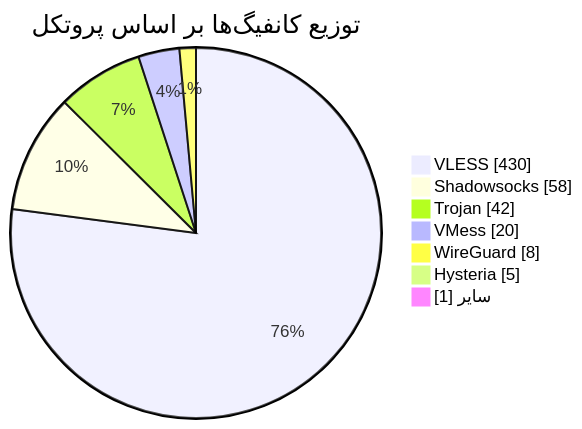
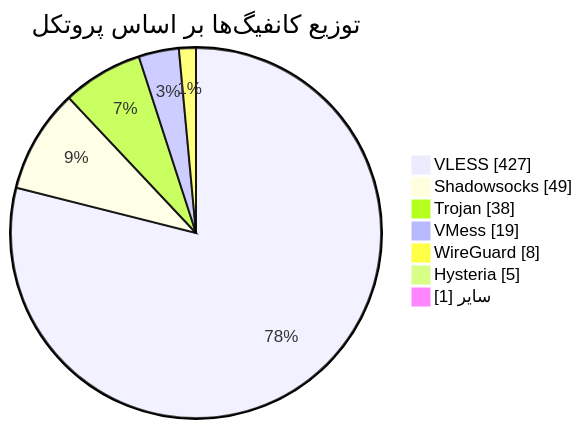
Before and after one commit to Arian-Alijani/Somthing: the diagram in README.md, drawn with Mermaid. The commit also changed other lines of this file and 15 other files, not shown here.

````diff
--- a/README.md
+++ b/README.md
@@ -49,11 +49,11 @@
 ```mermaid
 pie showData
     title توزیع کانفیگ‌ها بر اساس پروتکل
-    "VLESS" : 430
-    "Shadowsocks" : 58
-    "Trojan" : 42
-    "VMess" : 20
+    "VLESS" : 427
+    "Shadowsocks" : 49
+    "Trojan" : 38
+    "VMess" : 19
     "WireGuard" : 8
     "Hysteria" : 5
     "سایر" : 1
 ```
````
